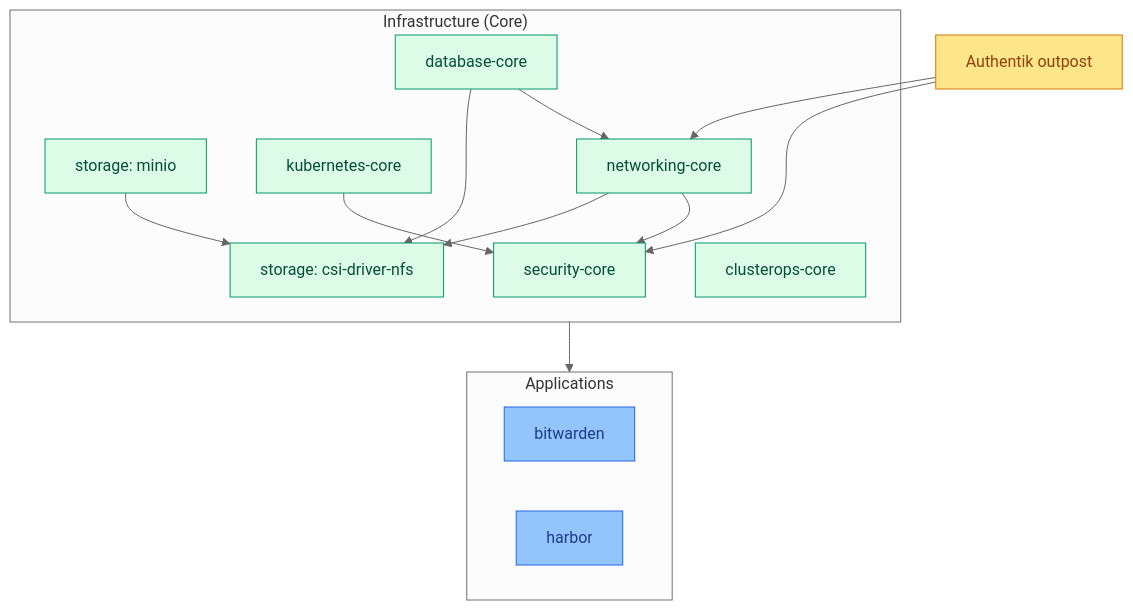
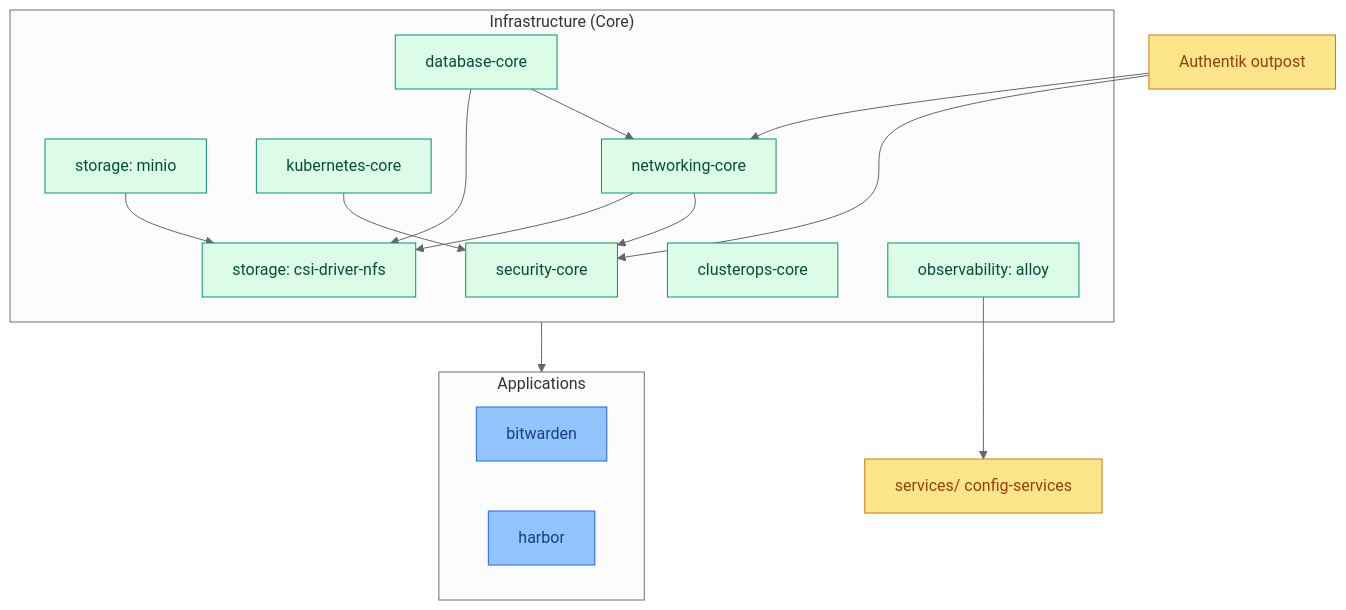
One commit to ppat/homelab-ops-kubernetes-clusters changed the diagram in clusters/nas/README.md. Above: the diagram before and after it, drawn with Mermaid (neutral theme). The commit also changed other lines of this file and 17 other files, not shown here.

````diff
--- a/clusters/nas/README.md
+++ b/clusters/nas/README.md
@@ -58,31 +71,34 @@
 ```mermaid
 flowchart TB
     classDef core fill:#dcfce7,stroke:#059669,color:#064e3b
     classDef apps fill:#93c5fd,stroke:#2563eb,color:#1e3a8a
     classDef outpost fill:#fde68a,stroke:#d97706,color:#92400e
 
     subgraph Core["Infrastructure (Core)"]
         sec[security-core]:::core
         nfs[storage: csi-driver-nfs]:::core
         minio[storage: minio]:::core
         k8s[kubernetes-core]:::core
         net[networking-core]:::core
         db[database-core]:::core
         ops[clusterops-core]:::core
+        alloy[observability: alloy]:::core
     end
 
     subgraph Apps["Applications"]
         bw[bitwarden]:::apps
         harbor:::apps
     end
 
     out[Authentik outpost]:::outpost
+    svc[services/ config-services]:::outpost
 
     k8s --> sec
     net --> sec & nfs
     minio --> nfs
     db --> net & nfs
     out --> sec & net
+    alloy --> svc
 
     Core --> Apps
 ```
````
